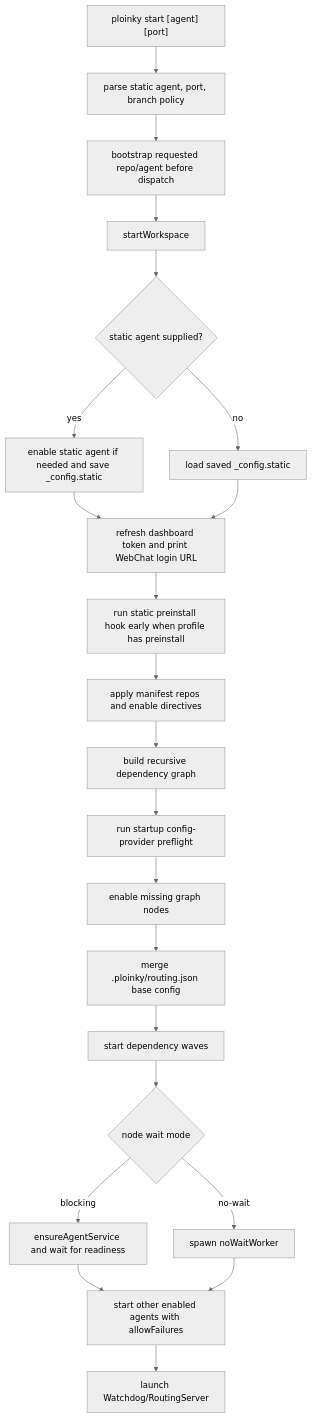
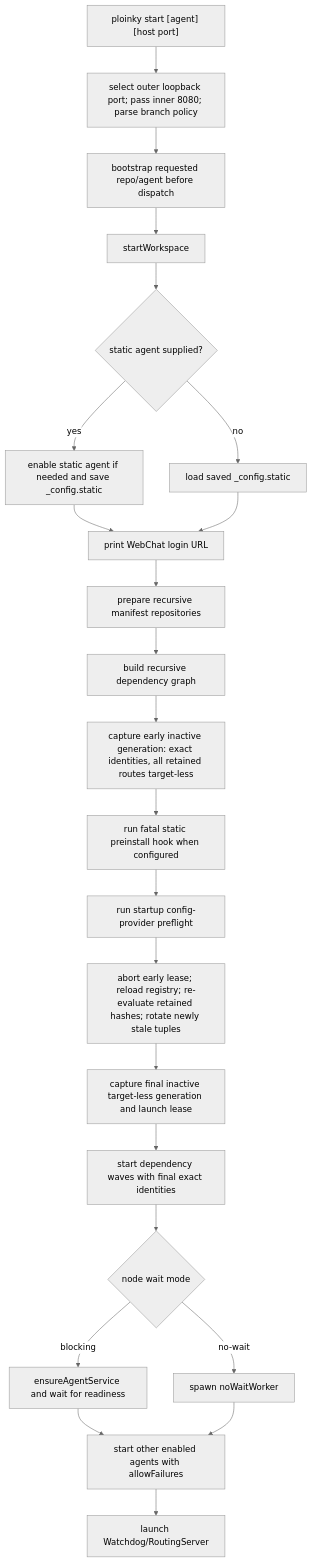
The second of 5 diagrams in docs/code-derived-agent-lifecycle.md (AssistOS-AI/ploinky), drawn with Mermaid (neutral theme) before and after one commit. The commit also changed other lines of this file and 209 other files, not shown here.

````diff
--- a/docs/code-derived-agent-lifecycle.md
+++ b/docs/code-derived-agent-lifecycle.md
@@ -363,24 +362,25 @@
 ```mermaid
 flowchart TD
-  A["ploinky start [agent] [port]"] --> B["parse static agent, port, branch policy"]
+  A["ploinky start [agent] [host port]"] --> B["select outer loopback port; pass inner 8080; parse branch policy"]
   B --> C["bootstrap requested repo/agent before dispatch"]
   C --> D["startWorkspace"]
   D --> E{"static agent supplied?"}
   E -- yes --> F["enable static agent if needed and save _config.static"]
   E -- no --> G["load saved _config.static"]
-  F --> H["refresh dashboard token and print WebChat login URL"]
+  F --> H["print WebChat login URL"]
   G --> H
-  H --> I["run static preinstall hook early when profile has preinstall"]
-  I --> J["apply manifest repos and enable directives"]
+  H --> J["prepare recursive manifest repositories"]
   J --> K["build recursive dependency graph"]
-  K --> KP["run startup config-provider preflight"]
-  KP --> L["enable missing graph nodes"]
-  L --> M["merge .ploinky/routing.json base config"]
-  M --> N["start dependency waves"]
+  K --> EGEN["capture early inactive generation: exact identities, all retained routes target-less"]
+  EGEN --> I["run fatal static preinstall hook when configured"]
+  I --> KP["run startup config-provider preflight"]
+  KP --> RECHECK["abort early lease; reload registry; re-evaluate retained hashes; rotate newly stale tuples"]
+  RECHECK --> M["capture final inactive target-less generation and launch lease"]
+  M --> N["start dependency waves with final exact identities"]
   N --> O{"node wait mode"}
   O -- blocking --> P["ensureAgentService and wait for readiness"]
   O -- no-wait --> Q["spawn noWaitWorker"]
   P --> R["start other enabled agents with allowFailures"]
   Q --> R
   R --> S["launch Watchdog/RoutingServer"]
 ```
````
